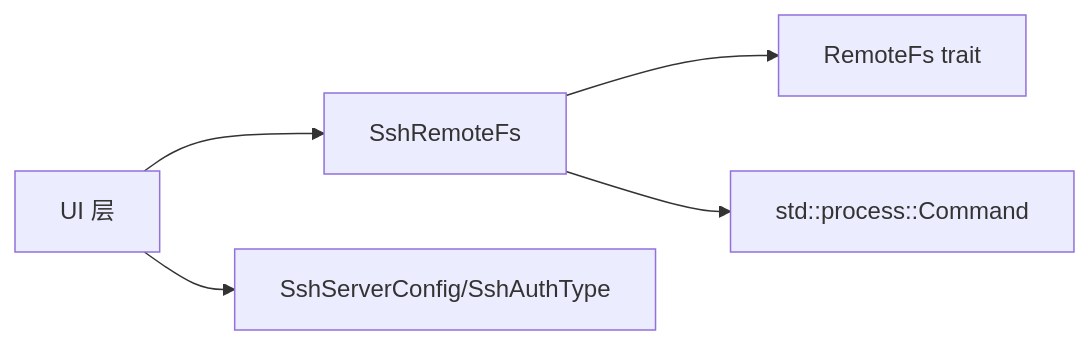
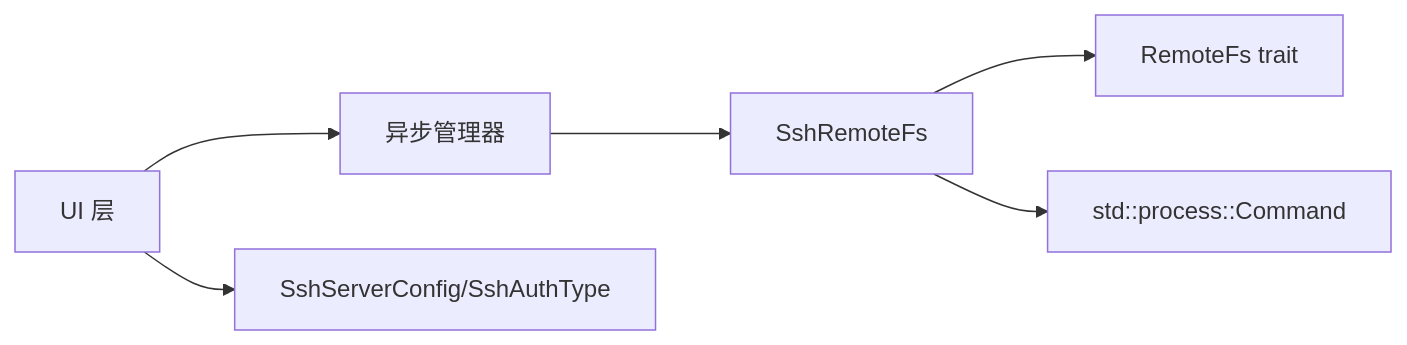
Before and after one commit to aetherstudio-cn/AetherStudio: the sixth of 10 diagrams in .qoder/repowiki/zh/content/远程开发功能/SSH 连接管理.md, drawn with Mermaid. The commit also changed other lines of this file and 17 other files, not shown here.

````diff
--- a/.qoder/repowiki/zh/content/远程开发功能/SSH 连接管理.md
+++ b/.qoder/repowiki/zh/content/远程开发功能/SSH 连接管理.md
@@ -244,7 +295,8 @@
 ```mermaid
 graph LR
-UI["UI 层"] --> SSHRS["SshRemoteFs"]
+UI["UI 层"] --> ASYNC["异步管理器"]
+ASYNC --> SSHRS["SshRemoteFs"]
 SSHRS --> RFS["RemoteFs trait"]
 SSHRS --> CMD["std::process::Command"]
 UI --> SET["SshServerConfig/SshAuthType"]
 ```
````
